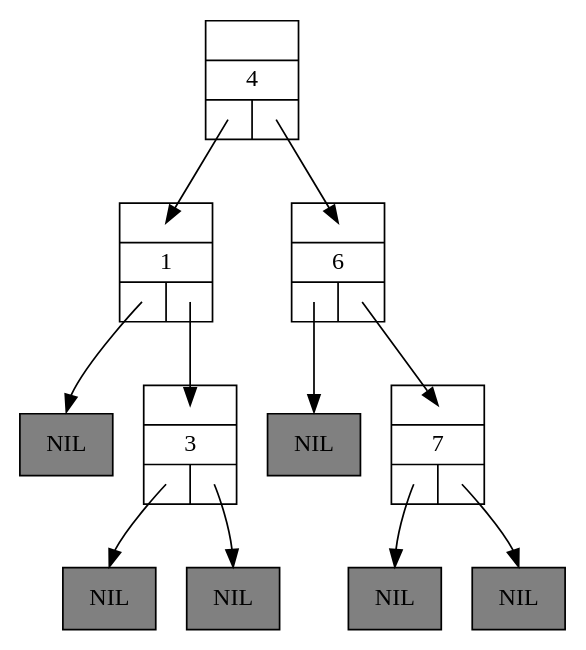
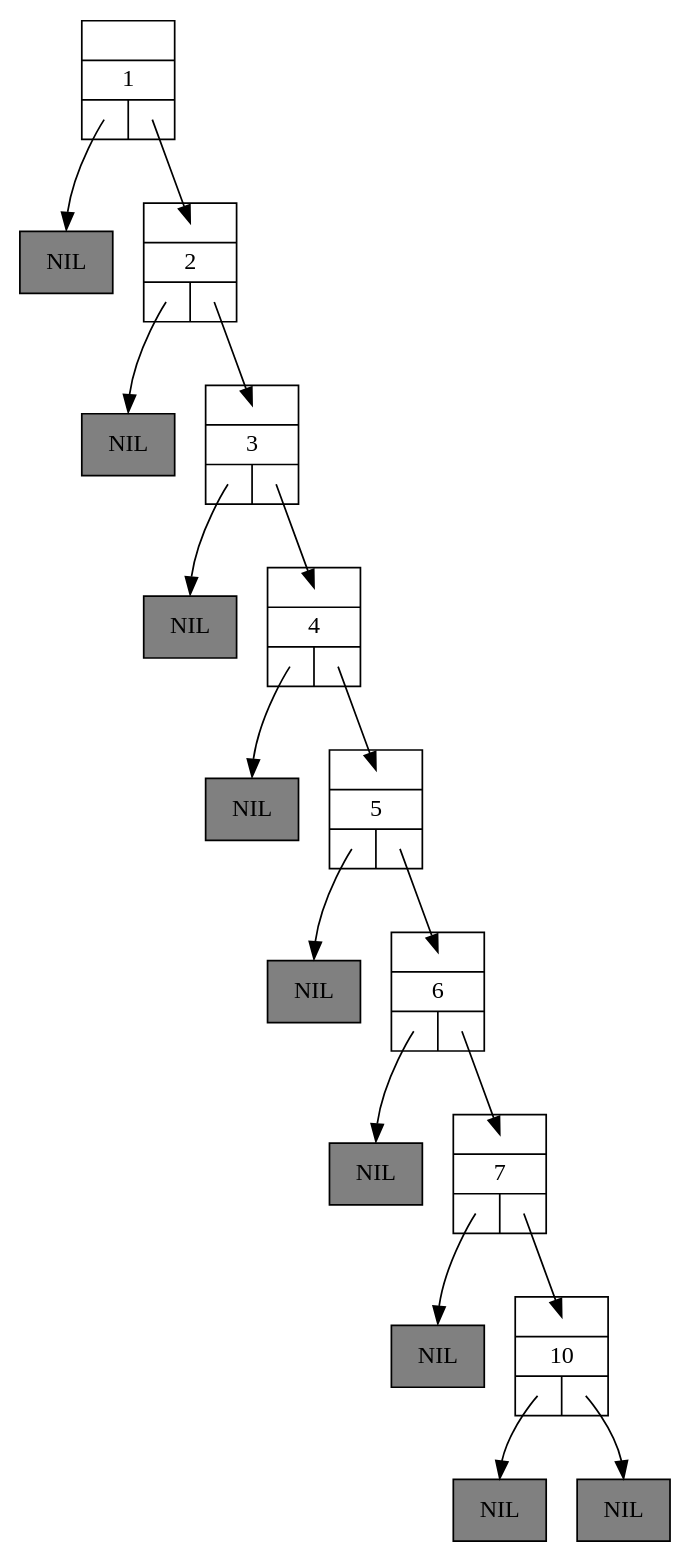
The diagram in cmake-build-debug/Tree-2.dot (Bjornieee/Algo3_TP5), drawn with Graphviz before and after one commit. The commit also changed 58 other files, not shown here.

```diff
--- a/cmake-build-debug/Tree-2.dot
+++ b/cmake-build-debug/Tree-2.dot
@@ -1,27 +1,39 @@
 digraph BinarySearchTree1 {
 	graph [ranksep=0.5];
 	node [shape = record];
 
 	n1 [label="{{<parent>}|1|{<left>|<right>}}"];
 	lnil1 [style=filled, fillcolor=grey, label="NIL"];
 	n1:left:c -> lnil1:n [headclip=false, tailclip=false]
-	n1:right:c -> n3:parent:c [headclip=false, tailclip=false]
+	n1:right:c -> n2:parent:c [headclip=false, tailclip=false]
+	n2 [label="{{<parent>}|2|{<left>|<right>}}"];
+	lnil2 [style=filled, fillcolor=grey, label="NIL"];
+	n2:left:c -> lnil2:n [headclip=false, tailclip=false]
+	n2:right:c -> n3:parent:c [headclip=false, tailclip=false]
 	n3 [label="{{<parent>}|3|{<left>|<right>}}"];
 	lnil3 [style=filled, fillcolor=grey, label="NIL"];
 	n3:left:c -> lnil3:n [headclip=false, tailclip=false]
-	rnil3 [style=filled, fillcolor=grey, label="NIL"];
-	n3:right:c -> rnil3:n [headclip=false, tailclip=false]
+	n3:right:c -> n4:parent:c [headclip=false, tailclip=false]
 	n4 [label="{{<parent>}|4|{<left>|<right>}}"];
-	n4:left:c -> n1:parent:c [headclip=false, tailclip=false]
-	n4:right:c -> n6:parent:c [headclip=false, tailclip=false]
+	lnil4 [style=filled, fillcolor=grey, label="NIL"];
+	n4:left:c -> lnil4:n [headclip=false, tailclip=false]
+	n4:right:c -> n5:parent:c [headclip=false, tailclip=false]
+	n5 [label="{{<parent>}|5|{<left>|<right>}}"];
+	lnil5 [style=filled, fillcolor=grey, label="NIL"];
+	n5:left:c -> lnil5:n [headclip=false, tailclip=false]
+	n5:right:c -> n6:parent:c [headclip=false, tailclip=false]
 	n6 [label="{{<parent>}|6|{<left>|<right>}}"];
 	lnil6 [style=filled, fillcolor=grey, label="NIL"];
 	n6:left:c -> lnil6:n [headclip=false, tailclip=false]
 	n6:right:c -> n7:parent:c [headclip=false, tailclip=false]
 	n7 [label="{{<parent>}|7|{<left>|<right>}}"];
 	lnil7 [style=filled, fillcolor=grey, label="NIL"];
 	n7:left:c -> lnil7:n [headclip=false, tailclip=false]
-	rnil7 [style=filled, fillcolor=grey, label="NIL"];
-	n7:right:c -> rnil7:n [headclip=false, tailclip=false]
+	n7:right:c -> n10:parent:c [headclip=false, tailclip=false]
+	n10 [label="{{<parent>}|10|{<left>|<right>}}"];
+	lnil10 [style=filled, fillcolor=grey, label="NIL"];
+	n10:left:c -> lnil10:n [headclip=false, tailclip=false]
+	rnil10 [style=filled, fillcolor=grey, label="NIL"];
+	n10:right:c -> rnil10:n [headclip=false, tailclip=false]
 
 }
```
